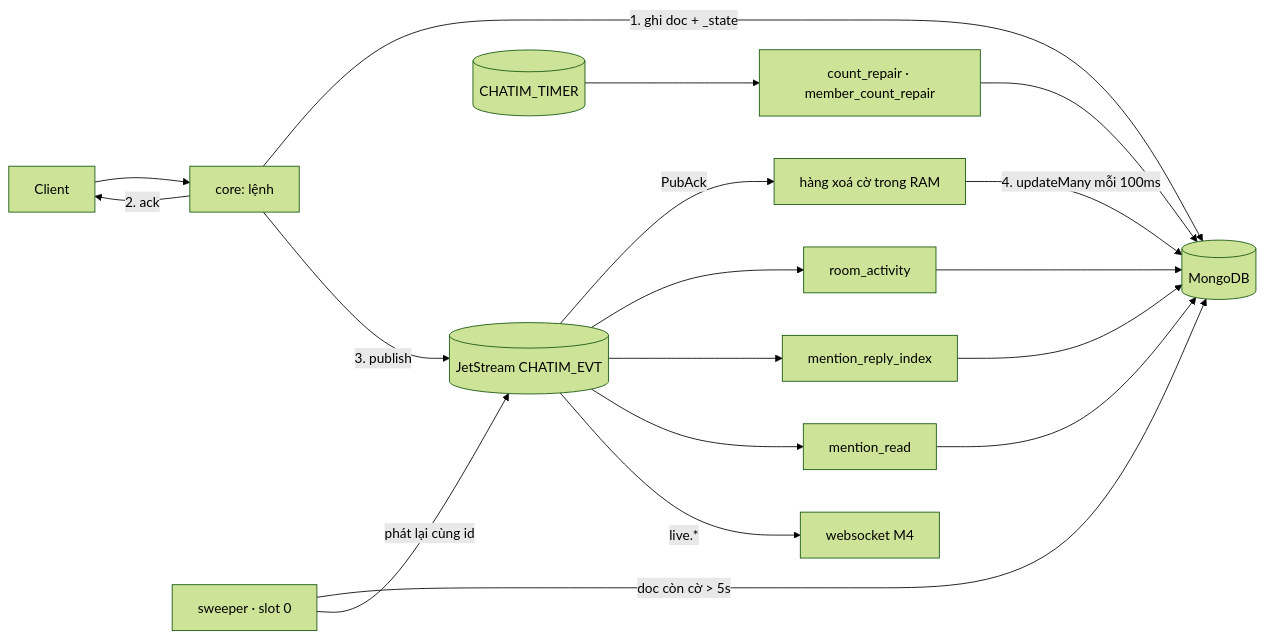
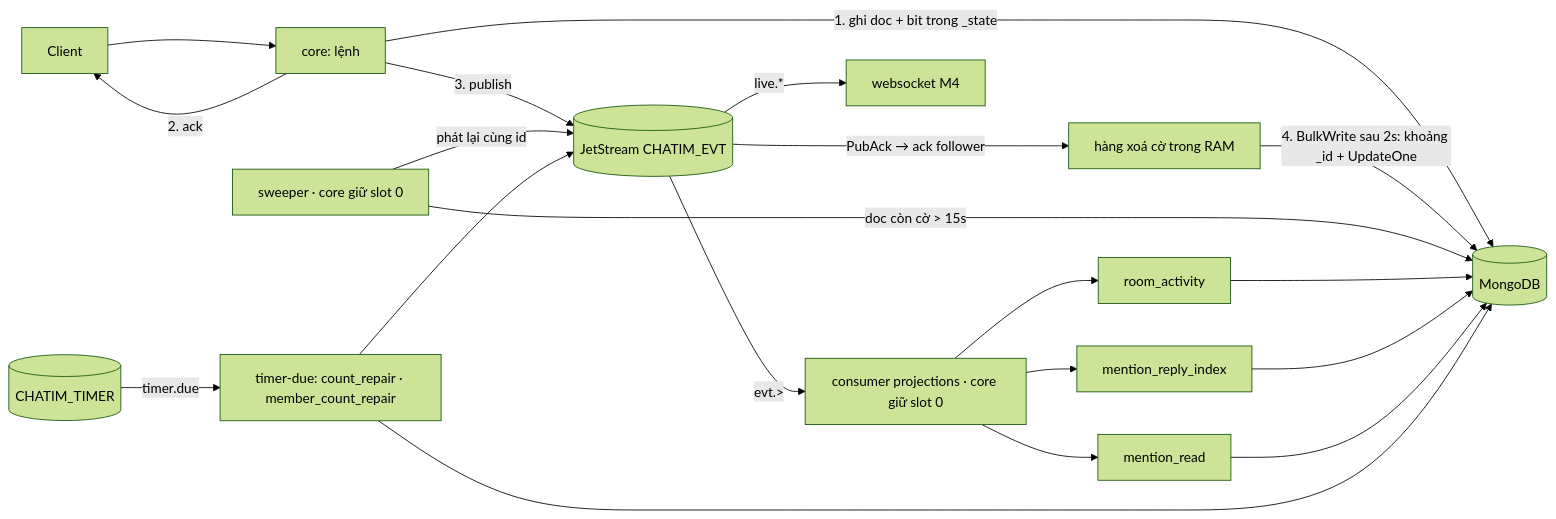
The diagram in docs/plans/2026-10-16-m3-1-state-driven-events-summary.md (ivannguyendev/chatim), drawn with Mermaid (forest theme) before and after one commit. The commit also changed other lines of this file and 13 other files, not shown here.

````diff
--- a/docs/plans/2026-10-16-m3-1-state-driven-events-summary.md
+++ b/docs/plans/2026-10-16-m3-1-state-driven-events-summary.md
@@ -47,18 +49,18 @@
 ```mermaid
 flowchart LR
   C[Client] --> G[core: lệnh]
-  G -- "1. ghi doc + _state" --> DB[(MongoDB)]
+  G -- "1. ghi doc + bit trong _state" --> DB[(MongoDB)]
   G -- "2. ack" --> C
   G -- "3. publish" --> EVT[(JetStream CHATIM_EVT)]
-  EVT -- PubAck --> Q[hàng xoá cờ trong RAM]
-  Q -- "4. updateMany mỗi 100ms" --> DB
-  S[sweeper · slot 0] -- "doc còn cờ > 5s" --> DB
+  EVT -- "PubAck → ack follower" --> Q[hàng xoá cờ trong RAM]
+  Q -- "4. BulkWrite sau 2s: khoảng _id + UpdateOne" --> DB
+  S[sweeper · core giữ slot 0] -- "doc còn cờ > 15s" --> DB
   S -- "phát lại cùng id" --> EVT
-  EVT --> P1[room_activity]
-  EVT --> P2[mention_reply_index]
-  EVT --> P3[mention_read]
+  EVT -- "evt.>" --> P[consumer projections · core giữ slot 0]
+  P --> P1[room_activity] & P2[mention_reply_index] & P3[mention_read]
   P1 & P2 & P3 --> DB
   EVT -- live.* --> W[websocket M4]
-  T[(CHATIM_TIMER)] --> R[count_repair · member_count_repair]
+  T[(CHATIM_TIMER)] -- timer.due --> R[timer-due: count_repair · member_count_repair]
   R --> DB
+  R --> EVT
 ```
````
